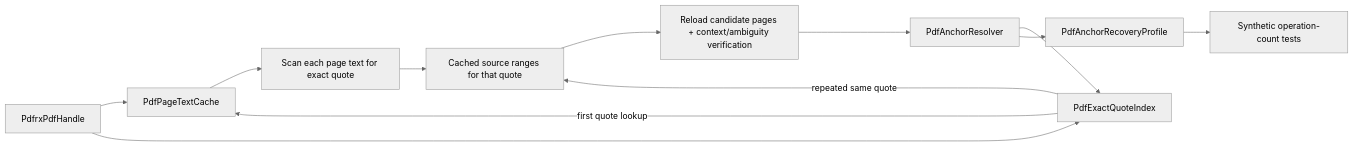
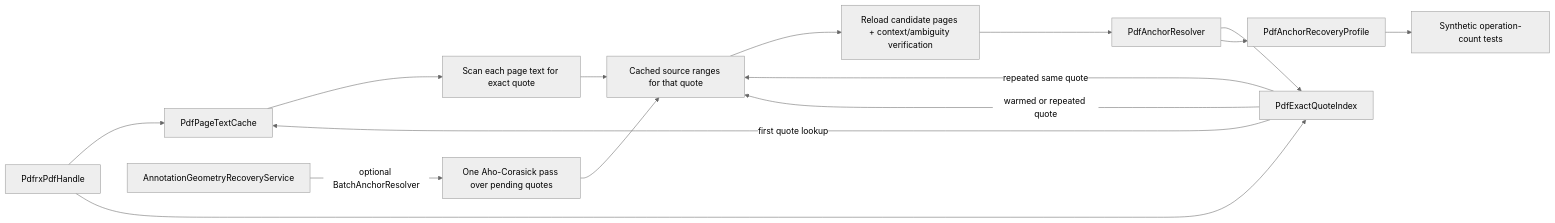
The ninth of 17 diagrams in docs/PROJECT_GRAPH.md (aaditya140103/kola), drawn with Mermaid (neutral theme) before and after one commit. The commit also changed other lines of this file and 10 other files, not shown here.

````diff
--- a/docs/PROJECT_GRAPH.md
+++ b/docs/PROJECT_GRAPH.md
@@ -197,14 +197,17 @@
 ```mermaid
 flowchart LR
     Handle[PdfrxPdfHandle] --> TextCache[PdfPageTextCache]
     Handle --> QuoteIndex[PdfExactQuoteIndex]
     Resolver[PdfAnchorResolver] --> QuoteIndex
     QuoteIndex -- first quote lookup --> TextCache
     TextCache --> Scan[Scan each page text for exact quote]
     Scan --> CandidateCache[Cached source ranges for that quote]
     QuoteIndex -- repeated same quote --> CandidateCache
+    Recovery[AnnotationGeometryRecoveryService] -- optional BatchAnchorResolver --> BatchScan
+    BatchScan[One Aho-Corasick pass over pending quotes] --> CandidateCache
+    QuoteIndex -- warmed or repeated quote --> CandidateCache
     CandidateCache --> Verify[Reload candidate pages + context/ambiguity verification]
     Verify --> Resolver
     Resolver --> Profile[PdfAnchorRecoveryProfile]
     Profile --> Baseline[Synthetic operation-count tests]
 ```
````
